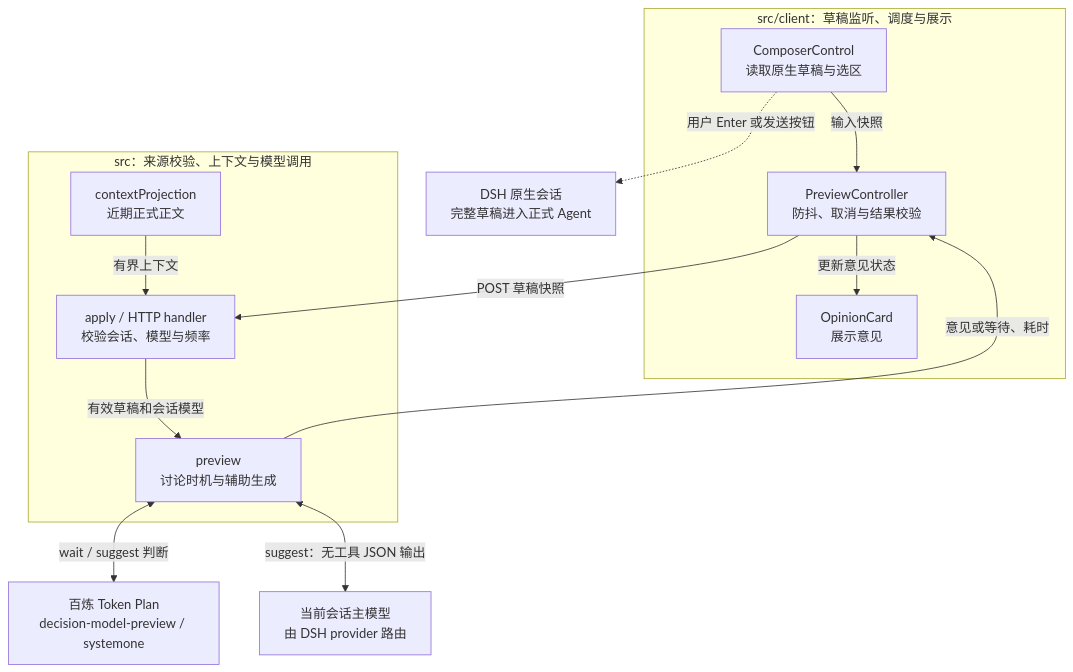
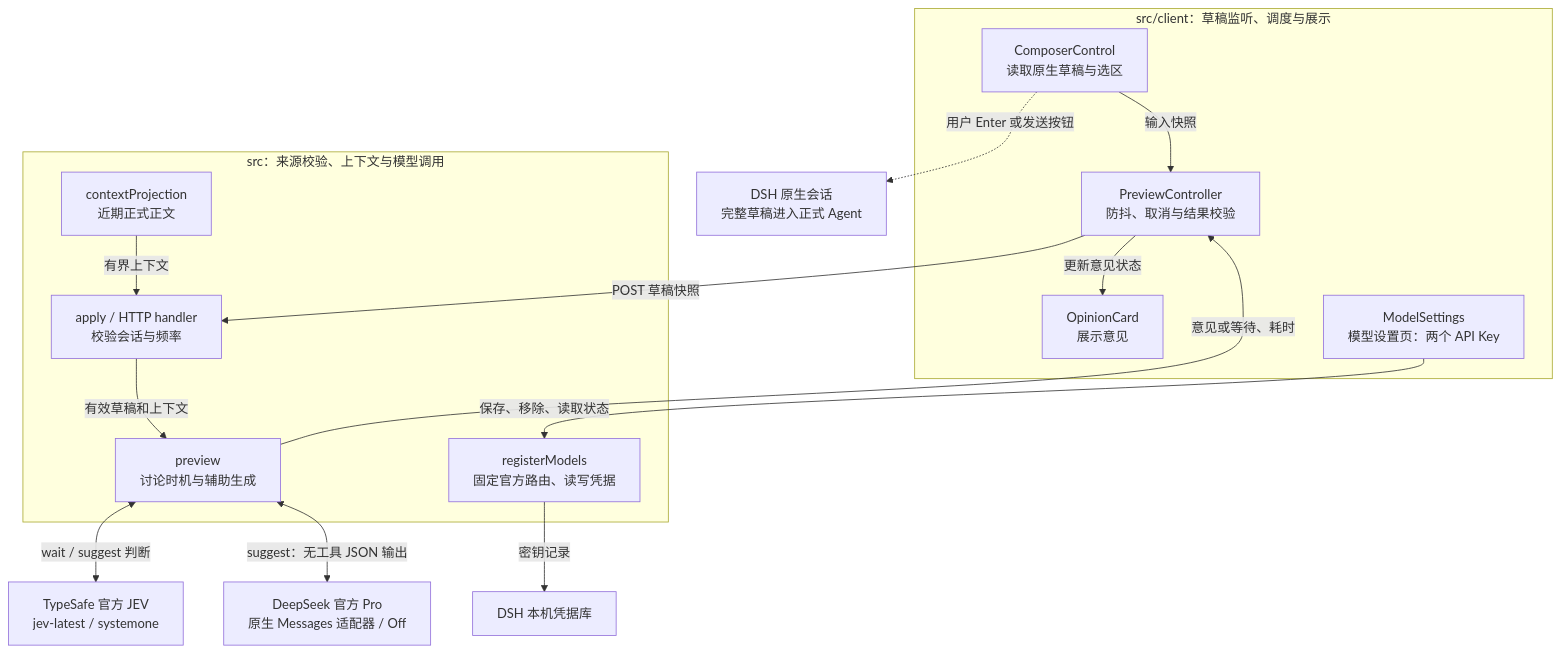
Before and after one commit to Matcha-Eason/dsh-zhiyan: the diagram in docs/TECHNICAL_DESIGN.md, drawn with Mermaid. The commit also changed other lines of this file and 20 other files, not shown here.

Commit message:
Configure official DeepSeek and Jev keys in DSH model settings

````diff
--- a/docs/TECHNICAL_DESIGN.md
+++ b/docs/TECHNICAL_DESIGN.md
@@ -15,24 +15,28 @@
 ```mermaid
 flowchart TD
     subgraph CLIENT["src/client：草稿监听、调度与展示"]
         INPUT["ComposerControl<br/>读取原生草稿与选区"]
         CTRL["PreviewController<br/>防抖、取消与结果校验"]
         CARD["OpinionCard<br/>展示意见"]
+        SETTINGS["ModelSettings<br/>模型设置页：两个 API Key"]
         INPUT -->|"输入快照"| CTRL
         CTRL -->|"更新意见状态"| CARD
     end
     subgraph HOST["src：来源校验、上下文与模型调用"]
-        API["apply / HTTP handler<br/>校验会话、模型与频率"]
+        API["apply / HTTP handler<br/>校验会话与频率"]
+        CONFIG["registerModels<br/>固定官方路由、读写凭据"]
         CONTEXT["contextProjection<br/>近期正式正文"]
         PREVIEW["preview<br/>讨论时机与辅助生成"]
         CONTEXT -->|"有界上下文"| API
-        API -->|"有效草稿和会话模型"| PREVIEW
+        API -->|"有效草稿和上下文"| PREVIEW
     end
-    SYSTEM1["百炼 Token Plan<br/>decision-model-preview / systemone"]
-    MAIN["当前会话主模型<br/>由 DSH provider 路由"]
+    SYSTEM1["TypeSafe 官方 JEV<br/>jev-latest / systemone"]
+    MAIN["DeepSeek 官方 Pro<br/>原生 Messages 适配器 / Off"]
+    SETTINGS -->|"保存、移除、读取状态"| CONFIG
+    CONFIG -->|"密钥记录"| KEYS["DSH 本机凭据库"]
     CTRL -->|"POST 草稿快照"| API
     PREVIEW <-->|"wait / suggest 判断"| SYSTEM1
     PREVIEW <-->|"suggest：无工具 JSON 输出"| MAIN
     PREVIEW -->|"意见或等待、耗时"| CTRL
     INPUT -.->|"用户 Enter 或发送按钮"| NATIVE["DSH 原生会话<br/>完整草稿进入正式 Agent"]
 ```
````
